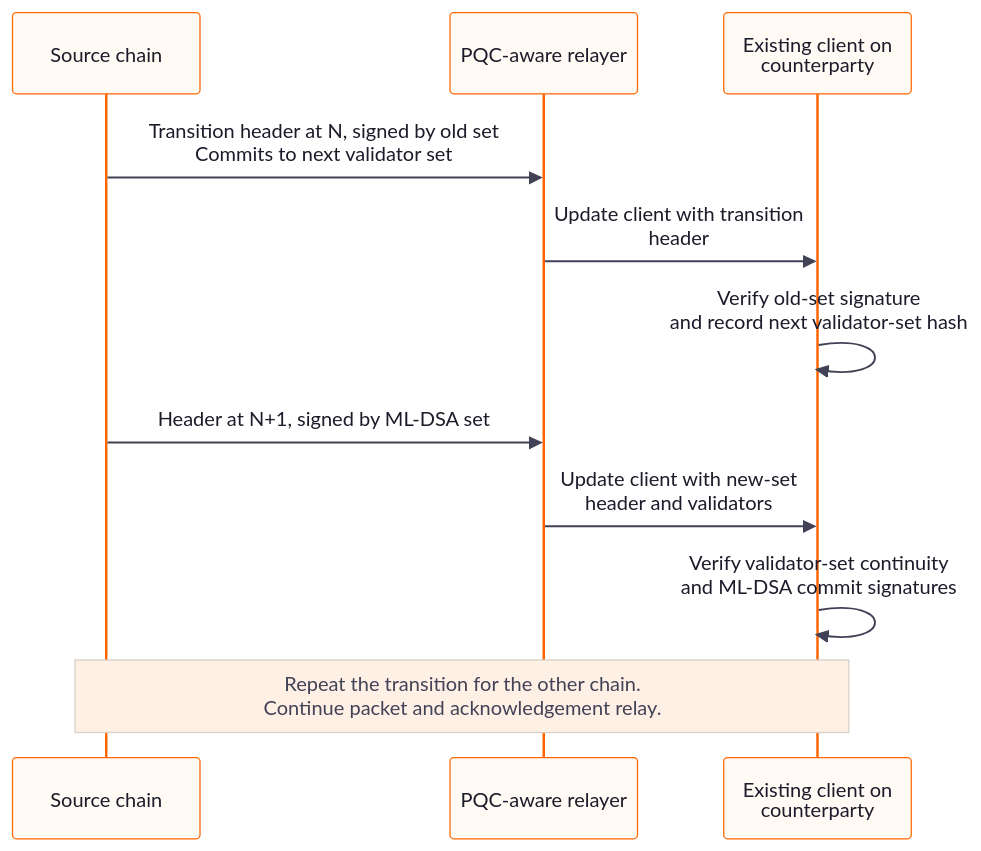
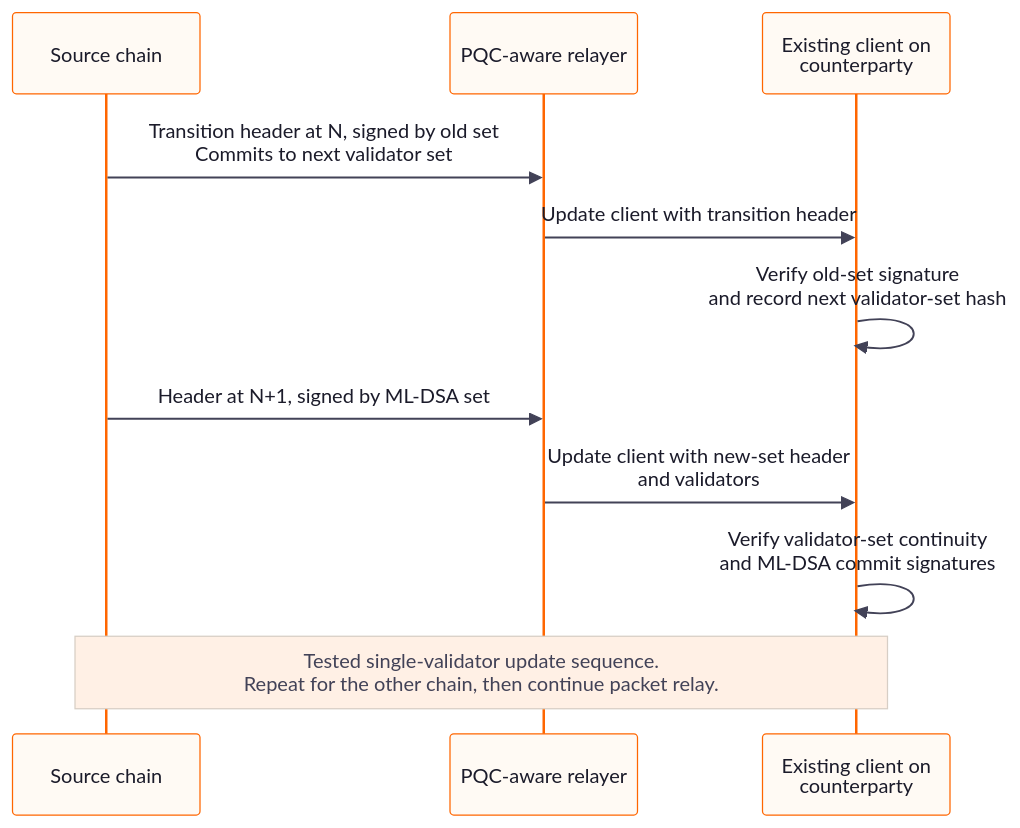
The diagram in x/pqcauth/diagrams/ibc-key-transition.mmd (DoraFactory/doravota), drawn with Mermaid before and after one commit. The commit also changed 6 other files, not shown here.

Commit message:
docs: refine post-quantum migration article and diagrams

```diff
--- a/x/pqcauth/diagrams/ibc-key-transition.mmd
+++ b/x/pqcauth/diagrams/ibc-key-transition.mmd
@@ -1,14 +1,14 @@
 %%{init: {"theme":"base","themeVariables":{"fontFamily":"Arial, sans-serif","actorBkg":"#fffaf4","actorBorder":"#ff6600","actorTextColor":"#1b1b2a","noteBkgColor":"#fff0e5","noteBorderColor":"#d7cec5","noteTextColor":"#424257","signalColor":"#424257","signalTextColor":"#1b1b2a"},"sequence":{"wrap":true,"useMaxWidth":true}}}%%
 sequenceDiagram
     accTitle: Relaying a consensus-key transition to an existing IBC client
     accDescr: A relayer first updates the counterparty with the old-key transition header committing to the new validator set, then submits a header signed by the new ML-DSA validator set. The sequence repeats for the opposite chain.
     participant A as Source chain
     participant R as PQC-aware relayer
     participant B as Existing client on counterparty
     A->>R: Transition header at N, signed by old set<br/>Commits to next validator set
     R->>B: Update client with transition header
     B->>B: Verify old-set signature<br/>and record next validator-set hash
     A->>R: Header at N+1, signed by ML-DSA set
     R->>B: Update client with new-set header and validators
     B->>B: Verify validator-set continuity<br/>and ML-DSA commit signatures
-    Note over A,B: Repeat the transition for the other chain.<br/>Continue packet and acknowledgement relay.
+    Note over A,B: Tested single-validator update sequence.<br/>Repeat for the other chain, then continue packet relay.
```
